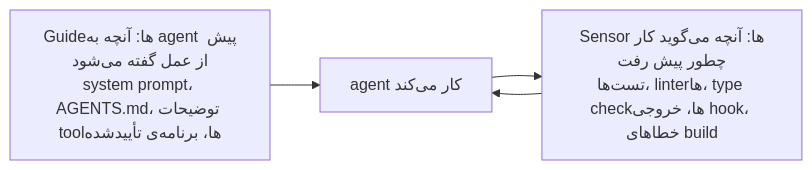
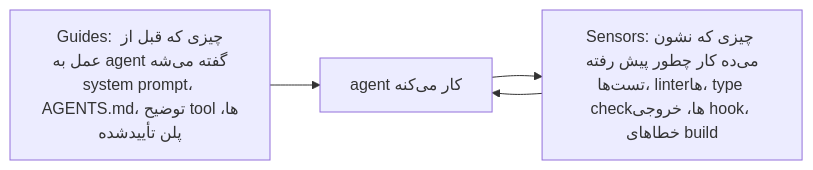
The second of 3 diagrams in mini-courses/2_intermediate/harness_engineering_fa.md (lokumai/ai-engineering-bazaar), drawn with Mermaid before and after one commit. The commit also changed other lines of this file and 63 other files, not shown here.

````diff
--- a/mini-courses/2_intermediate/harness_engineering_fa.md
+++ b/mini-courses/2_intermediate/harness_engineering_fa.md
@@ -78,6 +79,6 @@
 ```mermaid
 graph LR
-    A["Guide‌ها: آنچه به agent پیش از عمل گفته می‌شود<br/>system prompt، AGENTS.md، توضیحات tool‌ها، برنامه‌ی تأییدشده"] --> B["agent کار می‌کند"]
-    B --> C["Sensor‌ها: آنچه می‌گوید کار چطور پیش رفت<br/>تست‌ها، linter‌ها، type check‌ها، خروجی hook، خطاهای build"]
+    A["Guides: چیزی که قبل از عمل به agent گفته می‌شه<br/>system prompt، AGENTS.md، توضیح tool‌ها، پلن تأییدشده"] --> B["agent کار می‌کنه"]
+    B --> C["Sensors: چیزی که نشون می‌ده کار چطور پیش رفته<br/>تست‌ها، linter‌ها، type check‌ها، خروجی hook، خطاهای build"]
     C --> B
 ```
````
